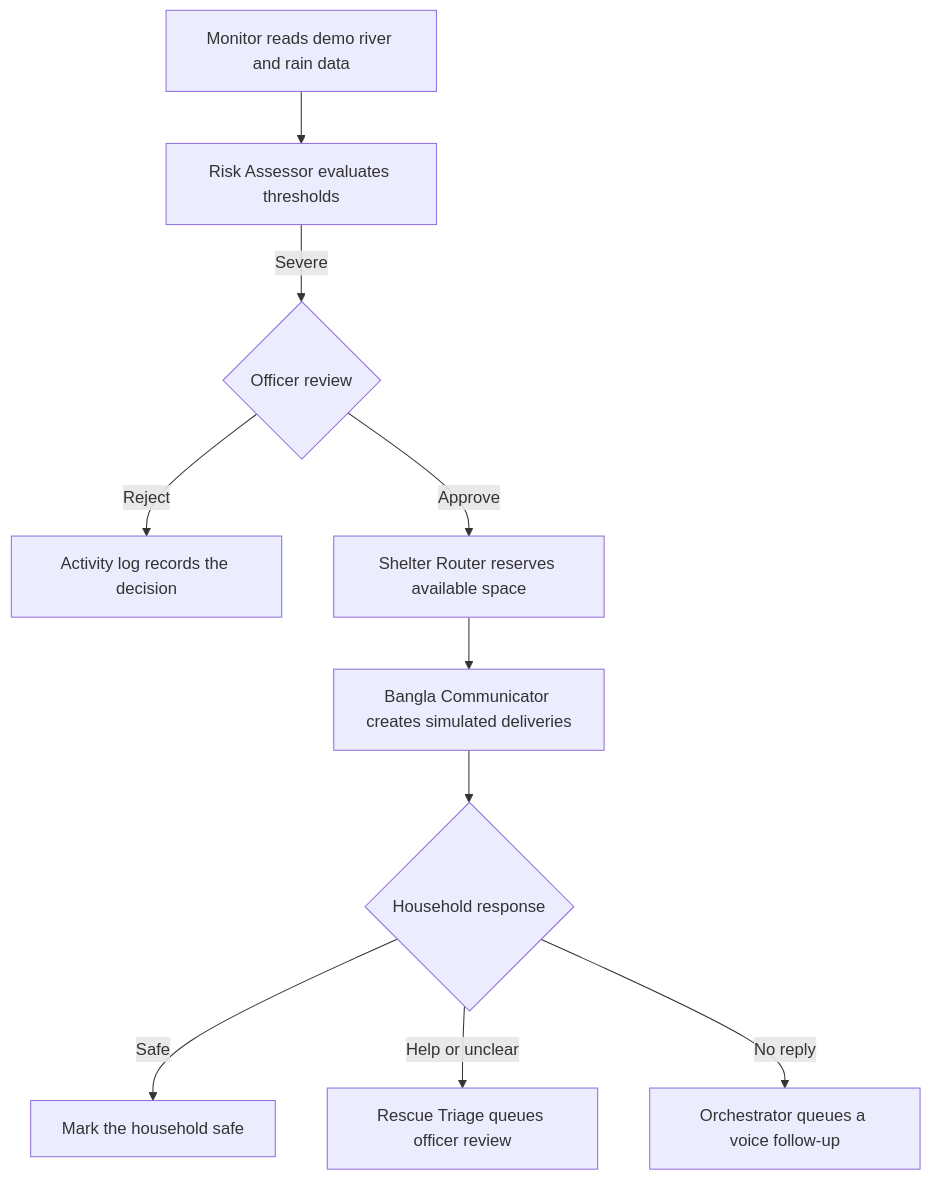
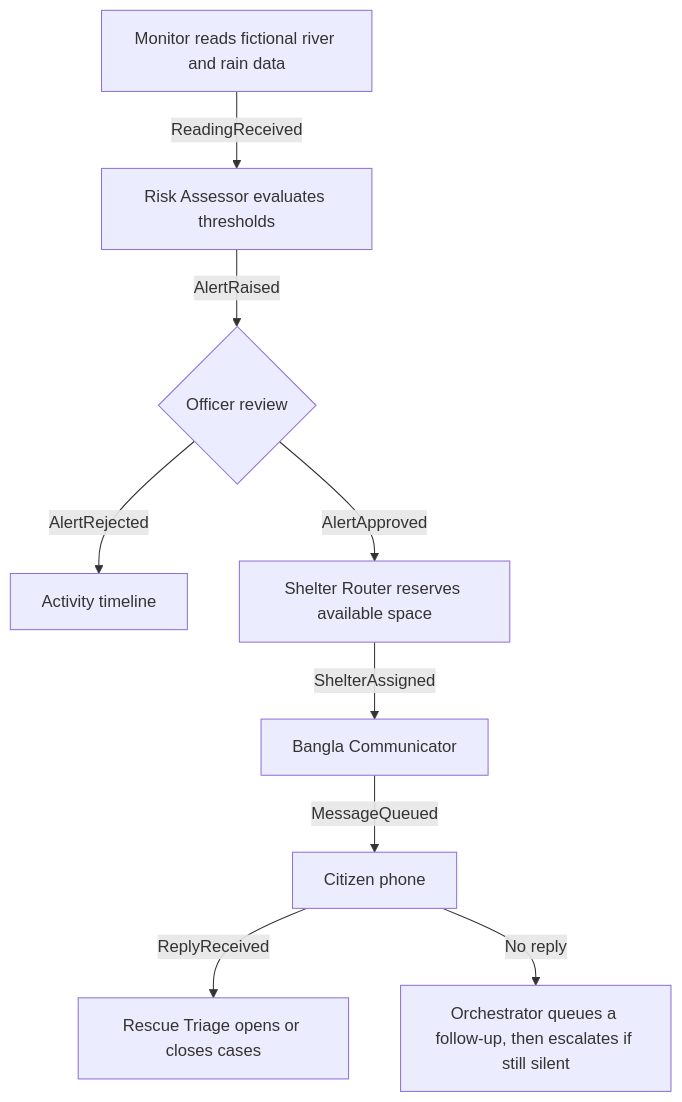
One commit to nahidzaman1996271-sketch/sotorko-ai changed the diagram in README.md. Above: the diagram before and after it, drawn with Mermaid. The commit also changed other lines of this file and 35 other files, not shown here.

````diff
--- a/README.md
+++ b/README.md
@@ -49,12 +52,11 @@
 ```mermaid
 flowchart TD
-    Monitor["Monitor reads demo river and rain data"] --> Risk["Risk Assessor evaluates thresholds"]
-    Risk -->|Severe| Officer{"Officer review"}
-    Officer -->|Reject| Log["Activity log records the decision"]
-    Officer -->|Approve| Shelter["Shelter Router reserves available space"]
-    Shelter --> Bangla["Bangla Communicator creates simulated deliveries"]
-    Bangla --> Reply{"Household response"}
-    Reply -->|Safe| Safe["Mark the household safe"]
-    Reply -->|Help or unclear| Triage["Rescue Triage queues officer review"]
-    Reply -->|No reply| FollowUp["Orchestrator queues a voice follow-up"]
+    Monitor["Monitor reads fictional river and rain data"] -->|ReadingReceived| Risk["Risk Assessor evaluates thresholds"]
+    Risk -->|AlertRaised| Officer{"Officer review"}
+    Officer -->|AlertRejected| Log["Activity timeline"]
+    Officer -->|AlertApproved| Shelter["Shelter Router reserves available space"]
+    Shelter -->|ShelterAssigned| Bangla["Bangla Communicator"]
+    Bangla -->|MessageQueued| Phone["Citizen phone"]
+    Phone -->|ReplyReceived| Triage["Rescue Triage opens or closes cases"]
+    Phone -->|No reply| FollowUp["Orchestrator queues a follow-up, then escalates if still silent"]
 ```
````
